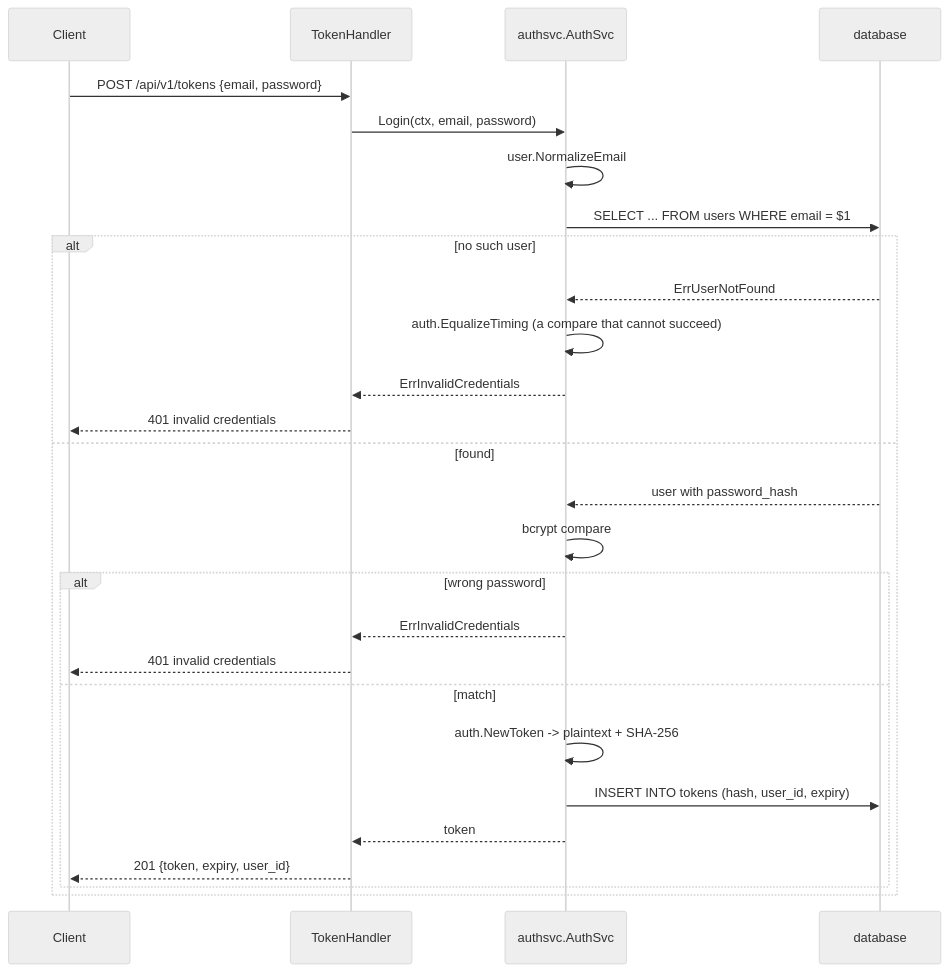
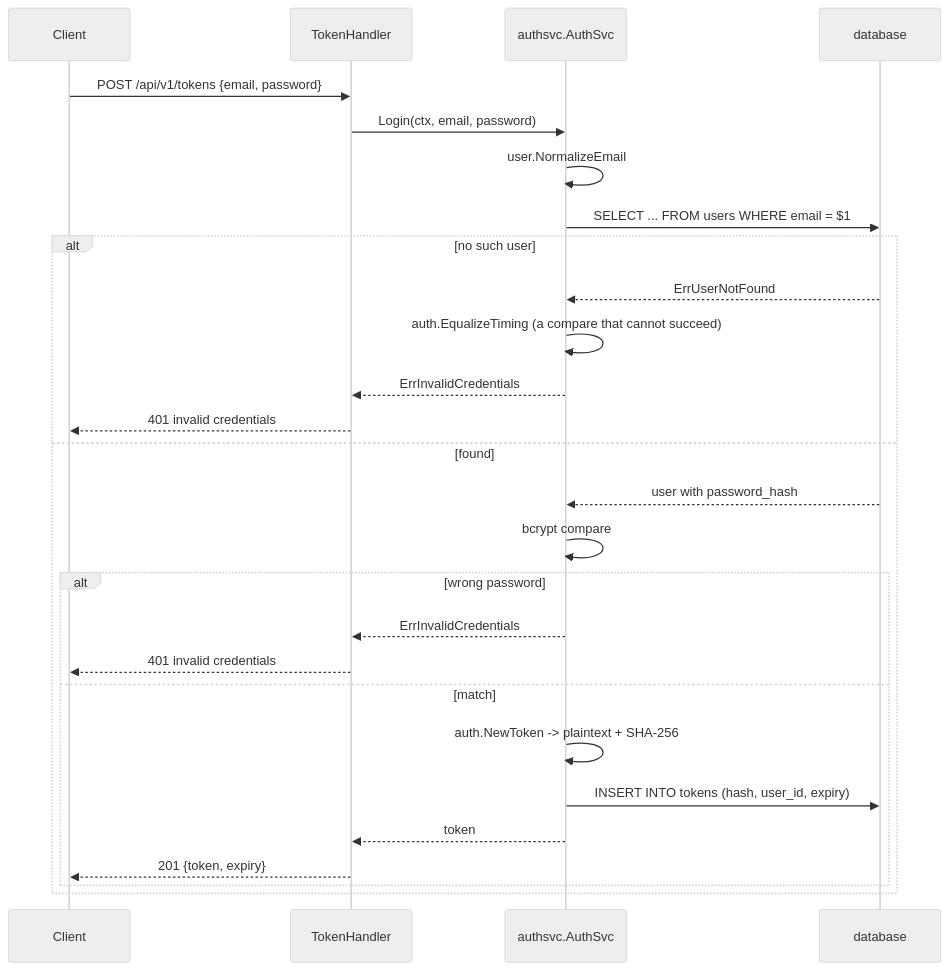
One commit to salandered/wavelen changed the second of 3 diagrams in docs/auth.md. Above: the diagram before and after it, drawn with Mermaid (neutral theme). The commit also changed other lines of this file and 20 other files, not shown here.

````diff
--- a/docs/auth.md
+++ b/docs/auth.md
@@ -40,30 +41,30 @@
 ```mermaid
 sequenceDiagram
     participant C as Client
     participant H as TokenHandler
     participant S as authsvc.AuthSvc
     participant DB as database
 
     C->>H: POST /api/v1/tokens {email, password}
     H->>S: Login(ctx, email, password)
     S->>S: user.NormalizeEmail
     S->>DB: SELECT ... FROM users WHERE email = $1
     alt no such user
         DB-->>S: ErrUserNotFound
         S->>S: auth.EqualizeTiming (a compare that cannot succeed)
         S-->>H: ErrInvalidCredentials
         H-->>C: 401 invalid credentials
     else found
         DB-->>S: user with password_hash
         S->>S: bcrypt compare
         alt wrong password
             S-->>H: ErrInvalidCredentials
             H-->>C: 401 invalid credentials
         else match
             S->>S: auth.NewToken -> plaintext + SHA-256
             S->>DB: INSERT INTO tokens (hash, user_id, expiry)
             S-->>H: token
-            H-->>C: 201 {token, expiry, user_id}
+            H-->>C: 201 {token, expiry}
         end
     end
 ```
````
